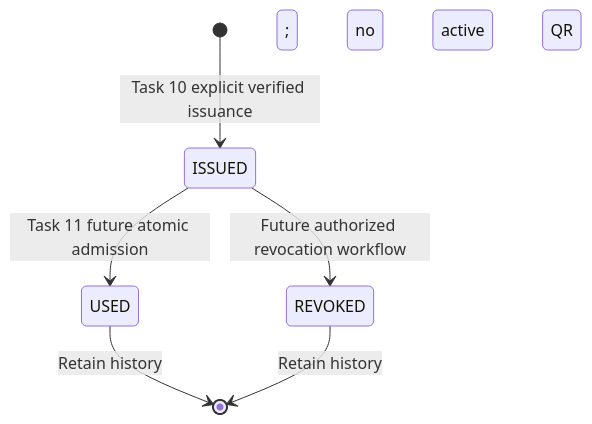
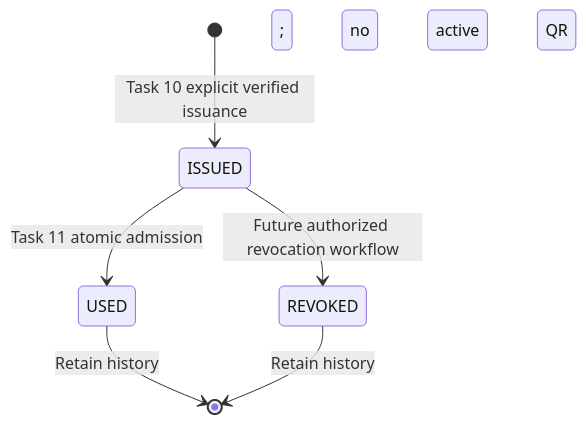
Before and after one commit to KaizokuHam/kairopass: the second of 3 diagrams in docs/ticketing.md, drawn with Mermaid. The commit also changed other lines of this file and 6 other files, not shown here.

````diff
--- a/docs/ticketing.md
+++ b/docs/ticketing.md
@@ -117,8 +117,8 @@
 ```mermaid
 stateDiagram-v2
   [*] --> ISSUED: Task 10 explicit verified issuance
-  ISSUED --> USED: Task 11 future atomic admission
+  ISSUED --> USED: Task 11 atomic admission
   ISSUED --> REVOKED: Future authorized revocation workflow
   USED --> [*]: Retain history; no active QR
   REVOKED --> [*]: Retain history; no active QR
 ```
````
